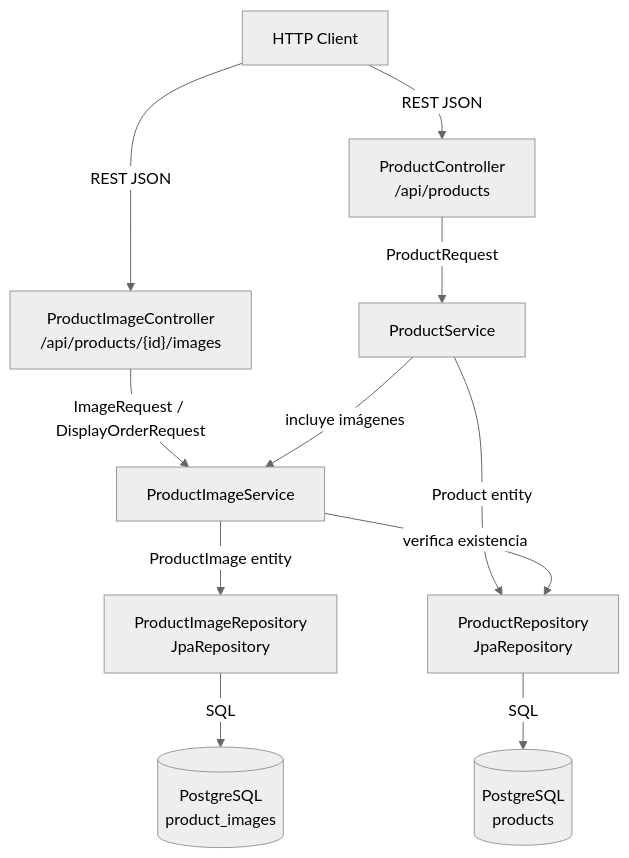
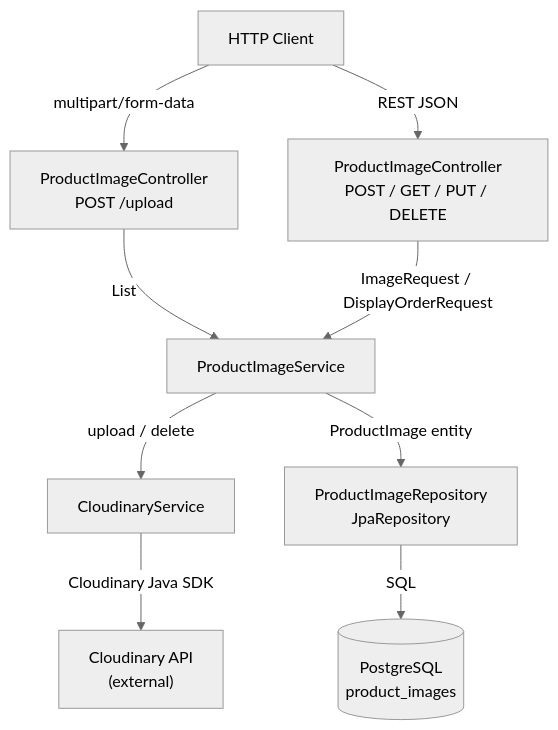
One commit to isaacsantos/product changed the first of 3 diagrams in .kiro/specs/product-images/design.md. Above: the diagram before and after it, drawn with Mermaid (neutral theme). The commit also changed other lines of this file and 24 other files, not shown here.

````diff
--- a/.kiro/specs/product-images/design.md
+++ b/.kiro/specs/product-images/design.md
@@ -15,13 +17,11 @@
 ```mermaid
 graph TD
-    Client["HTTP Client"] -->|REST JSON| IC["ProductImageController\n/api/products/{id}/images"]
-    Client -->|REST JSON| PC["ProductController\n/api/products"]
-    IC -->|ImageRequest / DisplayOrderRequest| IS["ProductImageService"]
-    PC -->|ProductRequest| PS["ProductService"]
+    Client["HTTP Client"] -->|multipart/form-data| IC["ProductImageController\nPOST /upload"]
+    Client -->|REST JSON| IC2["ProductImageController\nPOST / GET / PUT / DELETE"]
+    IC -->|List<MultipartFile>| IS["ProductImageService"]
+    IC2 -->|ImageRequest / DisplayOrderRequest| IS
+    IS -->|upload / delete| CS["CloudinaryService"]
     IS -->|ProductImage entity| IR["ProductImageRepository\nJpaRepository"]
-    PS -->|Product entity| PR["ProductRepository\nJpaRepository"]
-    IS -->|verifica existencia| PR
-    PS -->|incluye imágenes| IS
+    CS -->|Cloudinary Java SDK| CL["Cloudinary API\n(external)"]
     IR -->|SQL| DB[("PostgreSQL\nproduct_images")]
-    PR -->|SQL| DB2[("PostgreSQL\nproducts")]
 ```
````
